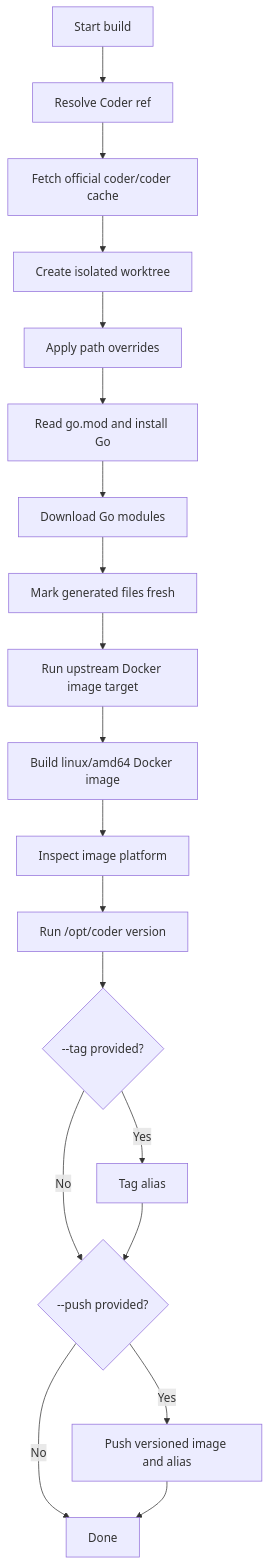
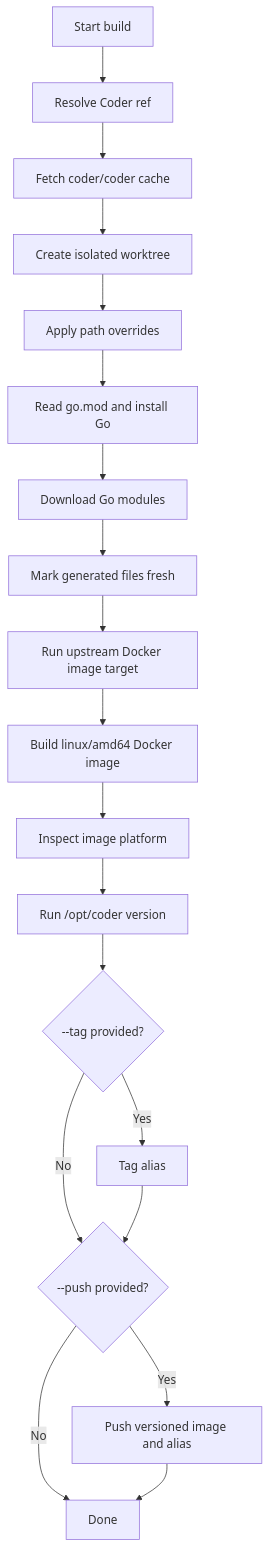
Before and after one commit to thomas-illiet/coder-builder: the diagram in docs/workflow.md, drawn with Mermaid. The commit also changed 5 other files, not shown here.

````diff
--- a/docs/workflow.md
+++ b/docs/workflow.md
@@ -3,21 +3,21 @@
 ```mermaid
 flowchart TD
     A["Start build"] --> B["Resolve Coder ref"]
-    B --> C["Fetch official coder/coder cache"]
+    B --> C["Fetch  coder/coder cache"]
     C --> D["Create isolated worktree"]
     D --> E["Apply path overrides"]
     E --> F["Read go.mod and install Go"]
     F --> G["Download Go modules"]
     G --> H["Mark generated files fresh"]
     H --> I["Run upstream Docker image target"]
     I --> J["Build linux/amd64 Docker image"]
     J --> K["Inspect image platform"]
     K --> L["Run /opt/coder version"]
     L --> M{"--tag provided?"}
     M -->|Yes| N["Tag alias"]
     M -->|No| O{"--push provided?"}
     N --> O
     O -->|Yes| P["Push versioned image and alias"]
     O -->|No| Q["Done"]
     P --> Q
 ```
````
